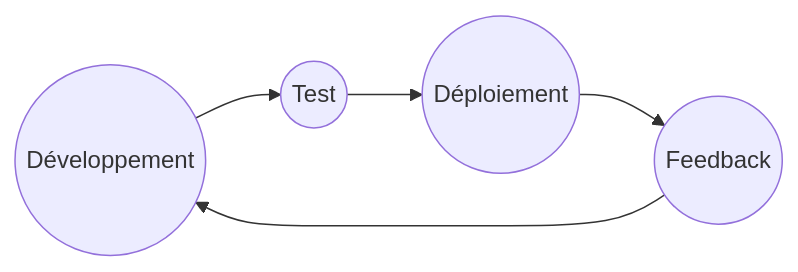
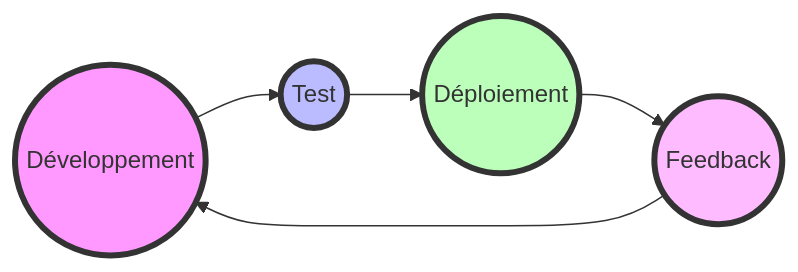
One commit to taciclei/MemoirePro changed the third of 3 diagrams in ROADMAP.md. Above: the diagram before and after it, drawn with Mermaid. The commit also changed other lines of this file and 1 other file, not shown here.

Commit message:
Update ROADMAP.md for better visibility and organization

````diff
--- a/ROADMAP.md
+++ b/ROADMAP.md
@@ -118,7 +124,11 @@
 ```mermaid
 graph LR
     A((Développement)) --> B((Test))
     B --> C((Déploiement))
     C --> D((Feedback))
     D --> A
+    style A fill:#f9f,stroke:#333,stroke-width:4px
+    style B fill:#bbf,stroke:#333,stroke-width:4px
+    style C fill:#bfb,stroke:#333,stroke-width:4px
+    style D fill:#fbf,stroke:#333,stroke-width:4px
 ```
````
